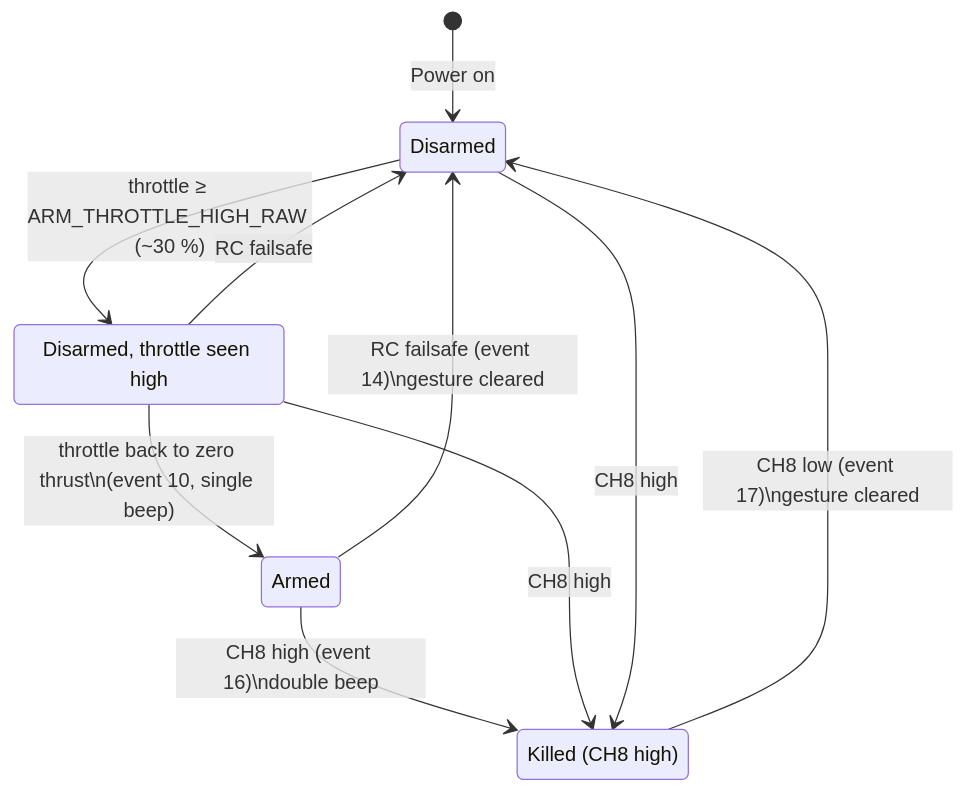
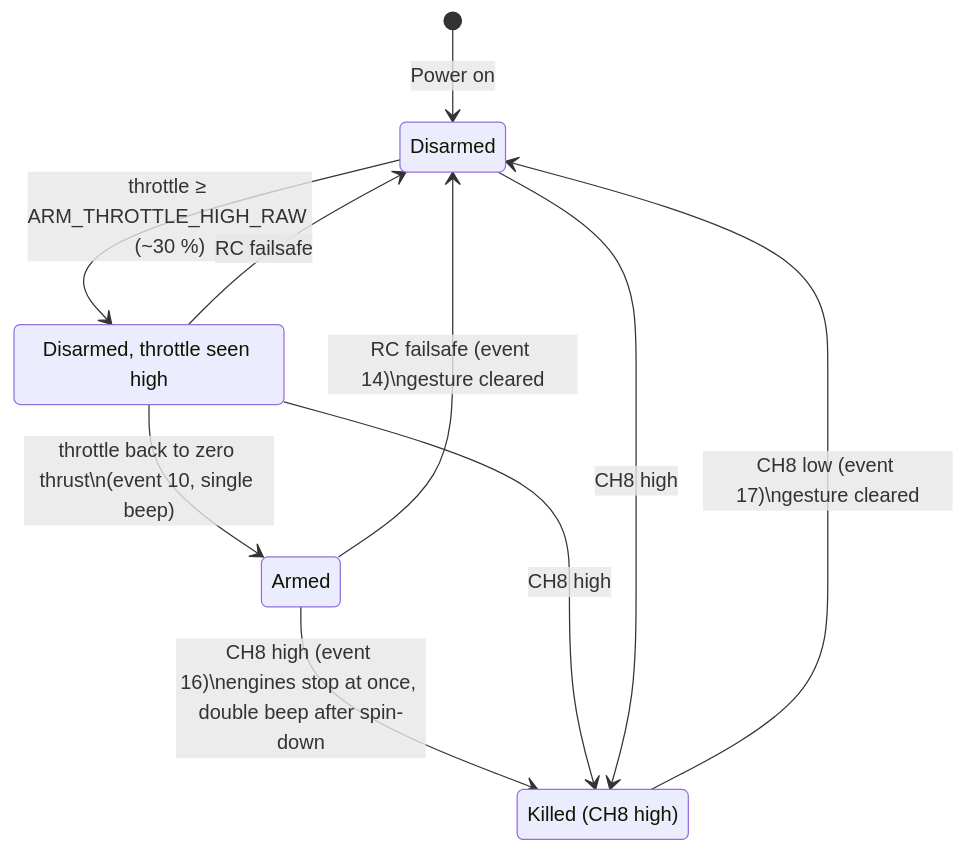
One commit to Ragarnoy/elle-rs changed the first of 7 diagrams in STATE_DIAGRAMS.md. Above: the diagram before and after it, drawn with Mermaid. The commit also changed 11 other files, not shown here.

First line of the commit message:
DShot: stop the engines before the disarm beep (proposal 0008)

````diff
--- a/STATE_DIAGRAMS.md
+++ b/STATE_DIAGRAMS.md
@@ -14,17 +14,17 @@
 ```mermaid
 stateDiagram-v2
     state "Disarmed" as D
     state "Disarmed, throttle seen high" as H
     state "Armed" as A
     state "Killed (CH8 high)" as K
 
     [*] --> D: Power on
     D --> H: throttle ≥ ARM_THROTTLE_HIGH_RAW (~30 %)
     H --> A: throttle back to zero thrust\n(event 10, single beep)
     A --> D: RC failsafe (event 14)\ngesture cleared
-    A --> K: CH8 high (event 16)\ndouble beep
+    A --> K: CH8 high (event 16)\nengines stop at once, double beep after spin-down
     H --> K: CH8 high
     D --> K: CH8 high
     K --> D: CH8 low (event 17)\ngesture cleared
     H --> D: RC failsafe
 ```
````
